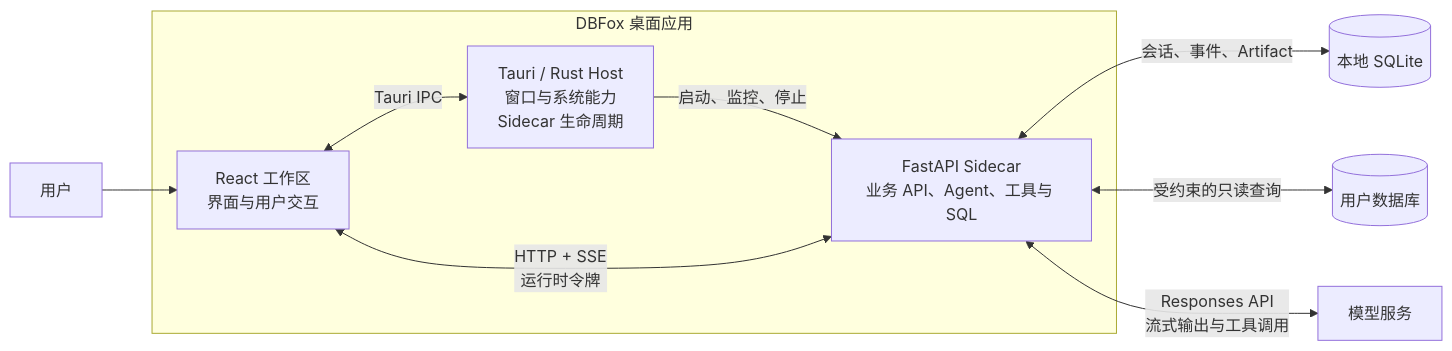
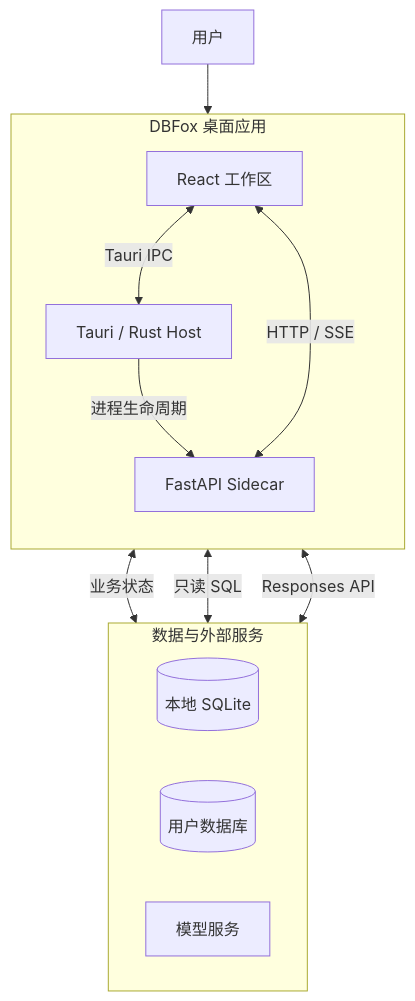
Before and after one commit to trrueee/DBFox: the diagram in README.md, drawn with Mermaid. The commit also changed 1 other file, not shown here.

Commit message:
docs: simplify readme architecture diagram

````diff
--- a/README.md
+++ b/README.md
@@ -62,14 +62,27 @@
 ```mermaid
-flowchart LR
-    USER["用户"] --> UI["React 工作区<br/>界面与用户交互"]
+flowchart TB
+    USER["用户"]
 
     subgraph DESKTOP["DBFox 桌面应用"]
-        UI <-->|"Tauri IPC"| HOST["Tauri / Rust Host<br/>窗口与系统能力<br/>Sidecar 生命周期"]
-        HOST -->|"启动、监控、停止"| ENGINE["FastAPI Sidecar<br/>业务 API、Agent、工具与 SQL"]
-        UI <-->|"HTTP + SSE<br/>运行时令牌"| ENGINE
+        direction TB
+        UI["React 工作区"]
+        HOST["Tauri / Rust Host"]
+        ENGINE["FastAPI Sidecar"]
+
+        UI <-->|"Tauri IPC"| HOST
+        HOST -->|"进程生命周期"| ENGINE
+        UI <-->|"HTTP / SSE"| ENGINE
     end
 
-    ENGINE <-->|"会话、事件、Artifact"| META[("本地 SQLite")]
-    ENGINE <-->|"受约束的只读查询"| DATA[("用户数据库")]
-    ENGINE <-->|"Responses API<br/>流式输出与工具调用"| MODEL["模型服务"]
+    subgraph SERVICES["数据与外部服务"]
+        direction LR
+        META[("本地 SQLite")]
+        DATA[("用户数据库")]
+        MODEL["模型服务"]
+    end
+
+    USER --> UI
+    ENGINE <-->|"业务状态"| META
+    ENGINE <-->|"只读 SQL"| DATA
+    ENGINE <-->|"Responses API"| MODEL
 ```
````
